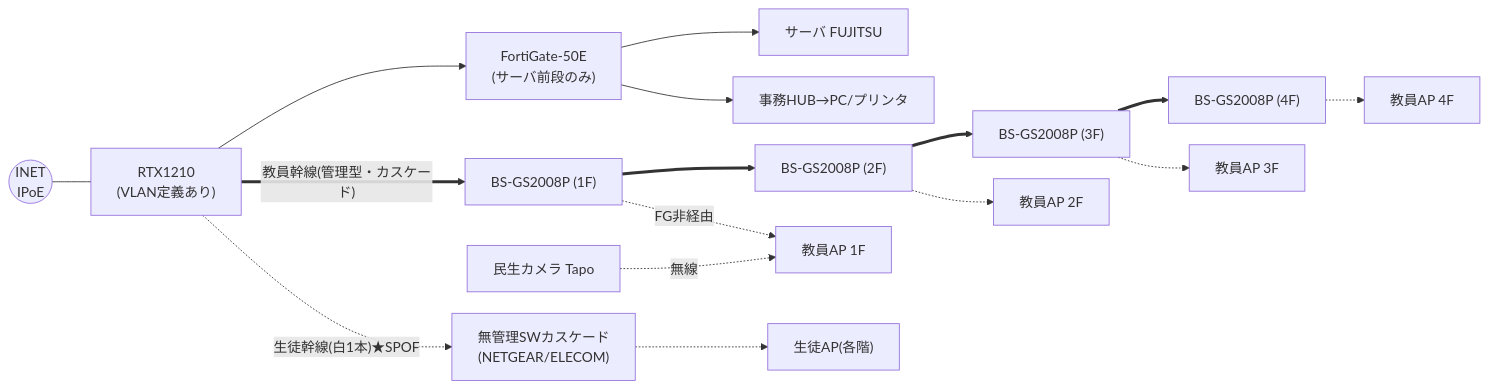
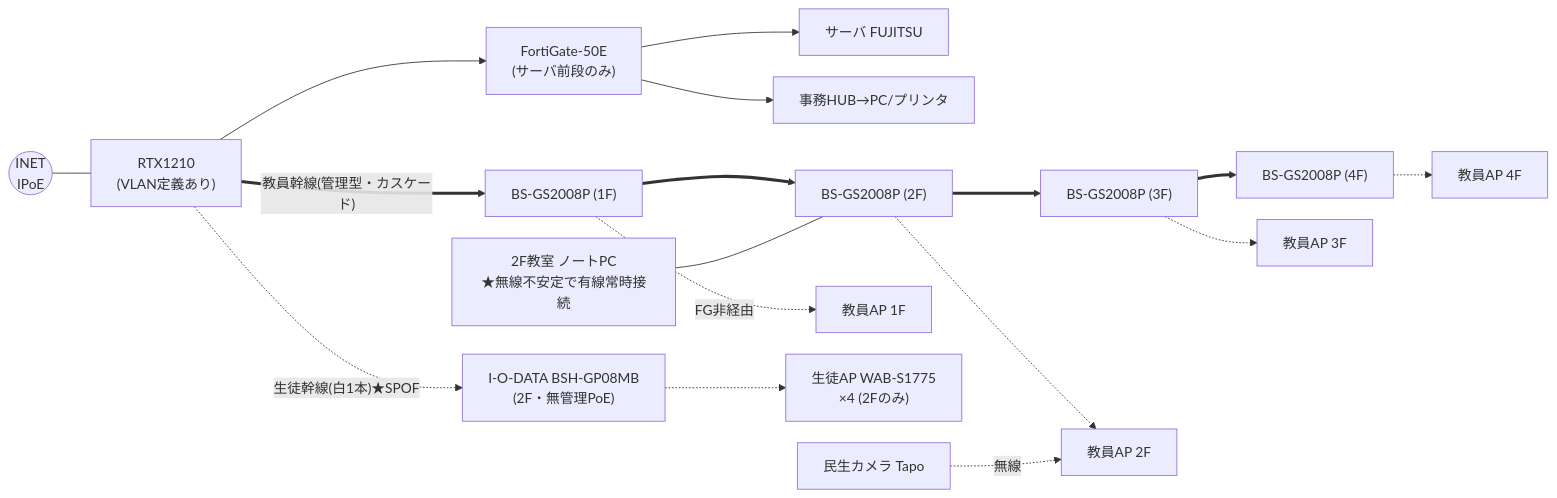
The third of 5 diagrams in work/nagoya-keiei-kaikei/03_documents/20260625_現状調査報告書_名古屋経営会計専門学校.md (zva06206-shimizu/yss_secretary), drawn with Mermaid before and after one commit. The commit also changed other lines of this file, not shown here.

Commit message:
報告書§3-2: 5号館の生徒系を実機訂正(生徒AP=2Fのみ4台/集約=I-O-DATA BSH-GP08MB無管理PoE/2F教室はAPペア天井)・2F PCが無線不安定で有線常時接続=無線実用不可の現場証拠を最重要リスクに・図とリスク連番を整理

````diff
--- a/work/nagoya-keiei-kaikei/03_documents/20260625_現状調査報告書_名古屋経営会計専門学校.md
+++ b/work/nagoya-keiei-kaikei/03_documents/20260625_現状調査報告書_名古屋経営会計専門学校.md
@@ -122,19 +122,20 @@
 ```mermaid
 %%{init: {'flowchart': {'nodeSpacing': 25, 'rankSpacing': 45}} }%%
 flowchart LR
     INET((INET<br/>IPoE)) --- RT["RTX1210<br/>(VLAN定義あり)"]
     RT --> FG["FortiGate-50E<br/>(サーバ前段のみ)"]
     FG --> SV["サーバ FUJITSU"]
     FG --> PR["事務HUB→PC/プリンタ"]
     RT ==>|"教員幹線(管理型・カスケード)"| S1["BS-GS2008P (1F)"]
     S1 ==> S2["BS-GS2008P (2F)"]
     S2 ==> S3["BS-GS2008P (3F)"]
     S3 ==> S4["BS-GS2008P (4F)"]
     S1 -.->|FG非経由| AP1["教員AP 1F"]
     S2 -.-> AP2["教員AP 2F"]
     S3 -.-> AP3["教員AP 3F"]
     S4 -.-> AP4["教員AP 4F"]
-    RT -.->|"生徒幹線(白1本)★SPOF"| NG["無管理SWカスケード<br/>(NETGEAR/ELECOM)"]
-    NG -.-> APs["生徒AP(各階)"]
-    CAM["民生カメラ Tapo"] -. 無線 .-> AP1
+    RT -.->|"生徒幹線(白1本)★SPOF"| NG["I-O-DATA BSH-GP08MB<br/>(2F・無管理PoE)"]
+    NG -.-> APs["生徒AP WAB-S1775<br/>×4 (2Fのみ)"]
+    PC["2F教室 ノートPC<br/>★無線不安定で有線常時接続"] --- S2
+    CAM["民生カメラ Tapo"] -. 無線 .-> AP2
 ```
````
